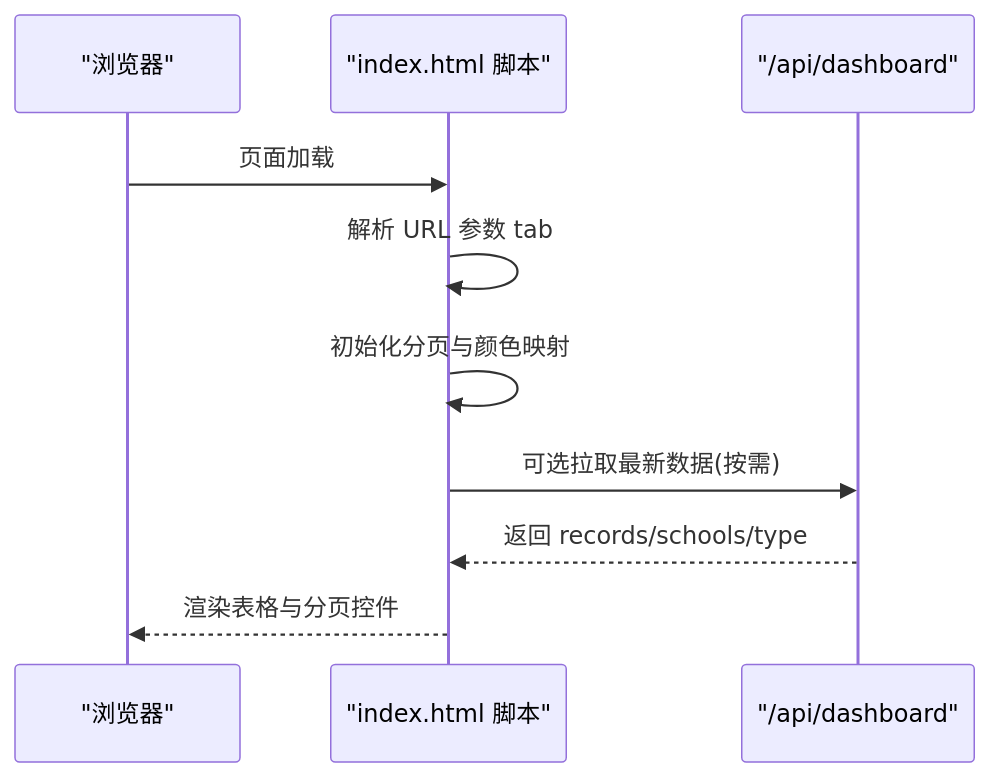
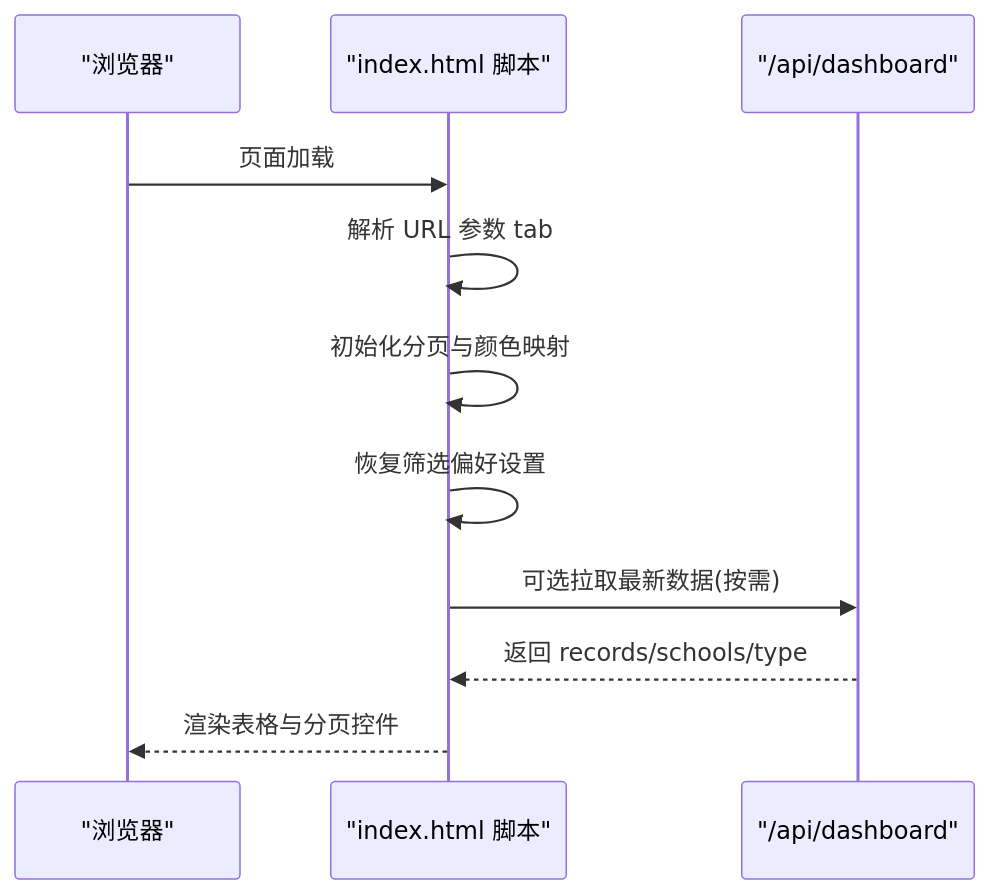
One commit to oreovan567-pixel/middle-platform-data-collector changed the sixth of 11 diagrams in .qoder/repowiki/zh/content/Web应用/前端界面/前端界面.md. Above: the diagram before and after it, drawn with Mermaid. The commit also changed other lines of this file and 9 other files, not shown here.

````diff
--- a/.qoder/repowiki/zh/content/Web应用/前端界面/前端界面.md
+++ b/.qoder/repowiki/zh/content/Web应用/前端界面/前端界面.md
@@ -170,12 +243,13 @@
 ```mermaid
 sequenceDiagram
 participant B as "浏览器"
 participant P as "index.html 脚本"
 participant API as "/api/dashboard"
 B->>P : 页面加载
 P->>P : 解析 URL 参数 tab
 P->>P : 初始化分页与颜色映射
+P->>P : 恢复筛选偏好设置
 P->>API : 可选拉取最新数据(按需)
 API-->>P : 返回 records/schools/type
 P-->>B : 渲染表格与分页控件
 ```
````
